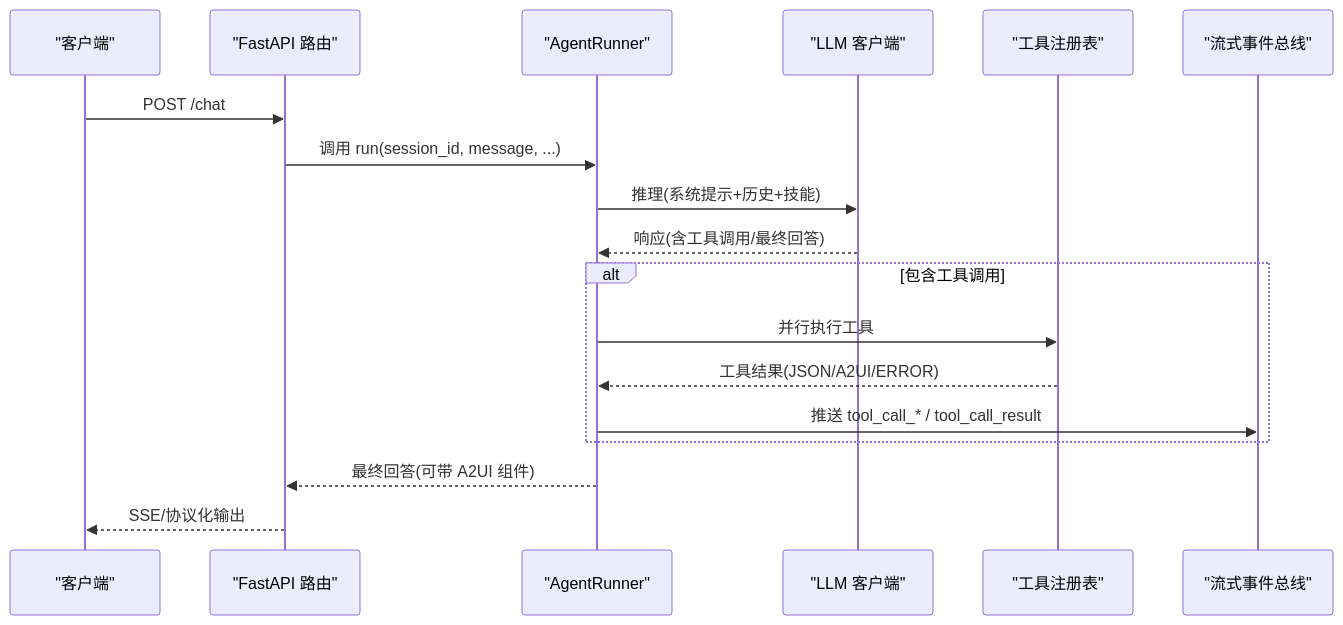
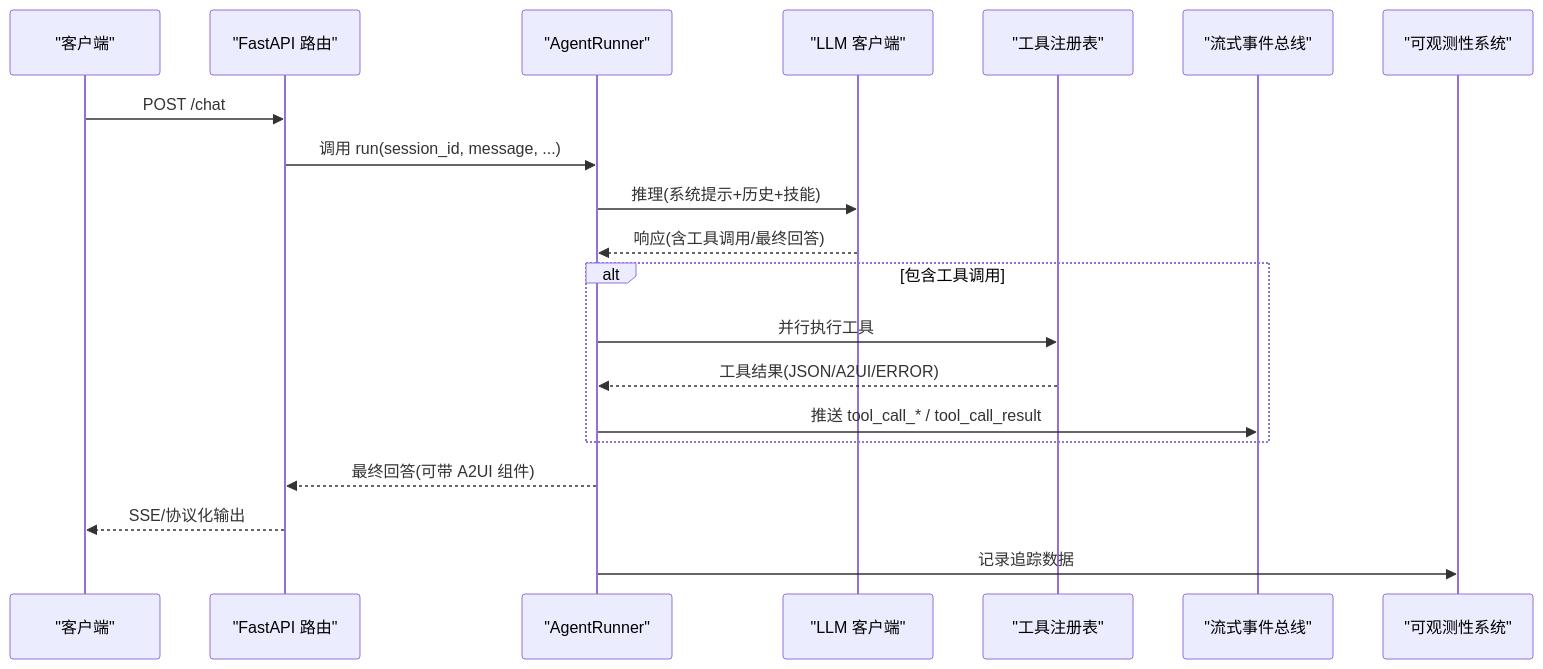
The second of 7 diagrams in repowiki/zh/content/开发指南/开发指南.md (YU-JI-KUI/ark-agentic), drawn with Mermaid before and after one commit. The commit also changed other lines of this file and 10 other files, not shown here.

````diff
--- a/repowiki/zh/content/开发指南/开发指南.md
+++ b/repowiki/zh/content/开发指南/开发指南.md
@@ -101,20 +135,22 @@
 ```mermaid
 sequenceDiagram
 participant Client as "客户端"
 participant API as "FastAPI 路由"
 participant Runner as "AgentRunner"
 participant LLM as "LLM 客户端"
 participant Tools as "工具注册表"
 participant Stream as "流式事件总线"
+participant Obs as "可观测性系统"
 Client->>API : POST /chat
 API->>Runner : 调用 run(session_id, message, ...)
 Runner->>LLM : 推理(系统提示+历史+技能)
 LLM-->>Runner : 响应(含工具调用/最终回答)
 alt 包含工具调用
 Runner->>Tools : 并行执行工具
 Tools-->>Runner : 工具结果(JSON/A2UI/ERROR)
 Runner->>Stream : 推送 tool_call_* / tool_call_result
 end
 Runner-->>API : 最终回答(可带 A2UI 组件)
 API-->>Client : SSE/协议化输出
+Runner->>Obs : 记录追踪数据
 ```
````
